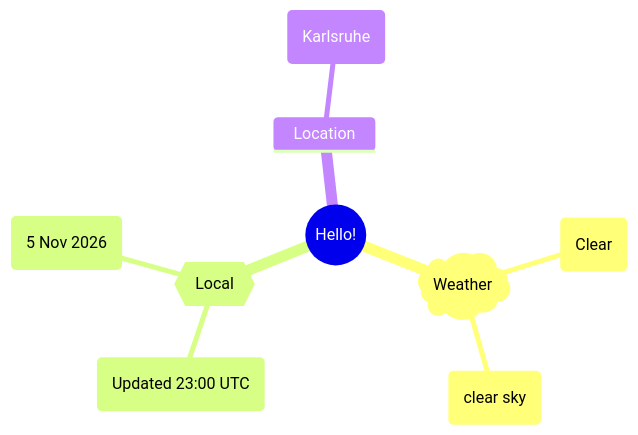
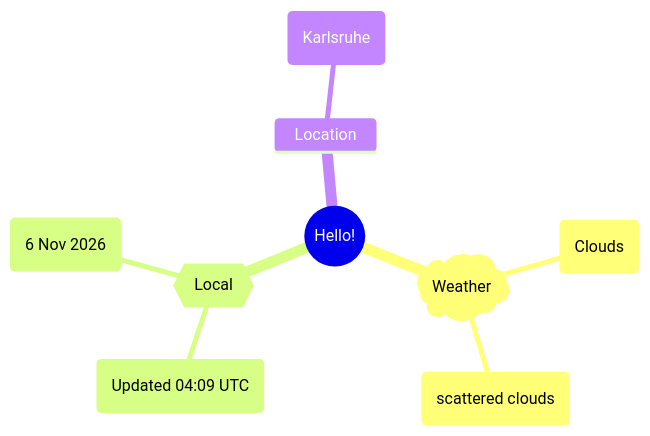
Before and after one commit to Xosrov/Xosrov: the first of 2 diagrams in README.md, drawn with Mermaid.

Commit message:
[bot] updated images

````diff
--- a/README.md
+++ b/README.md
@@ -3,12 +3,12 @@
 ```mermaid
 mindmap
   root((Hello!))
     )Weather(
-        (Clear)
-        (clear sky)
+        (Clouds)
+        (scattered clouds)
     {{Local}}
-        (Updated 23:00 UTC)
-        (5 Nov 2026)
+        (Updated 04:09 UTC)
+        (6 Nov 2026)
     Location
         (Karlsruhe)
 ```
````
